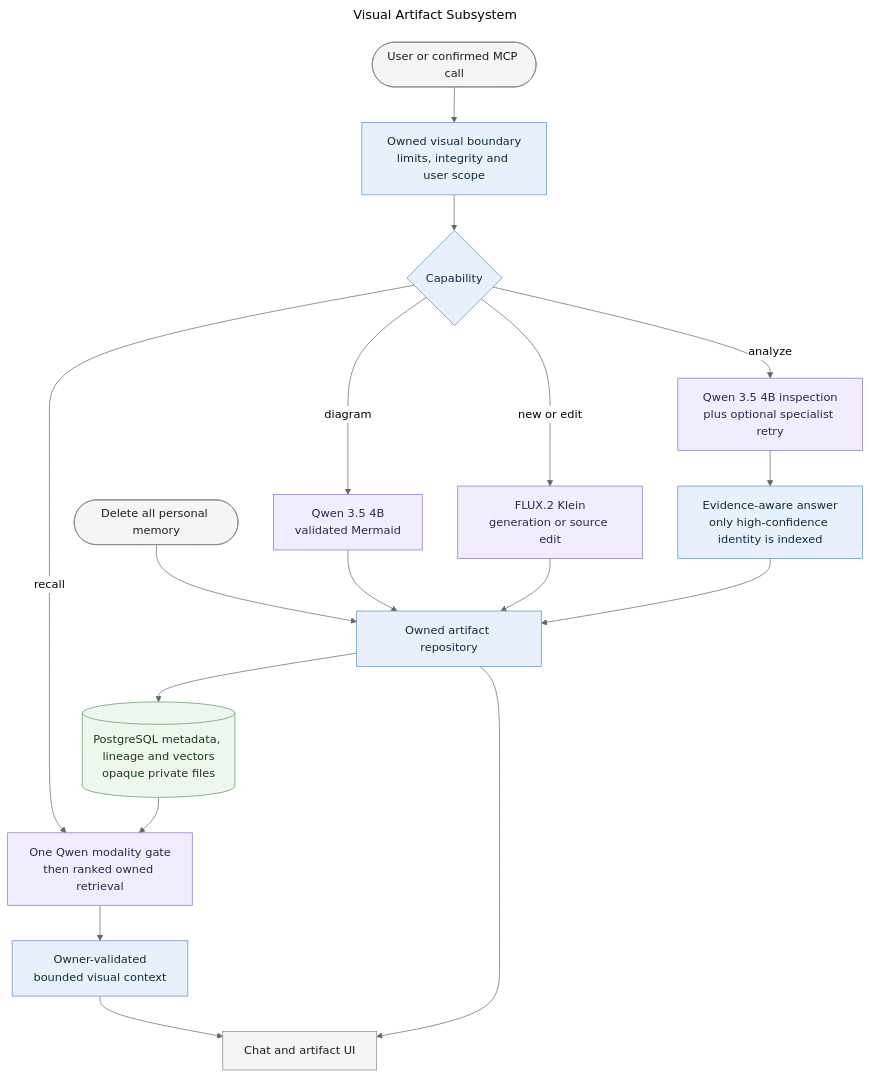
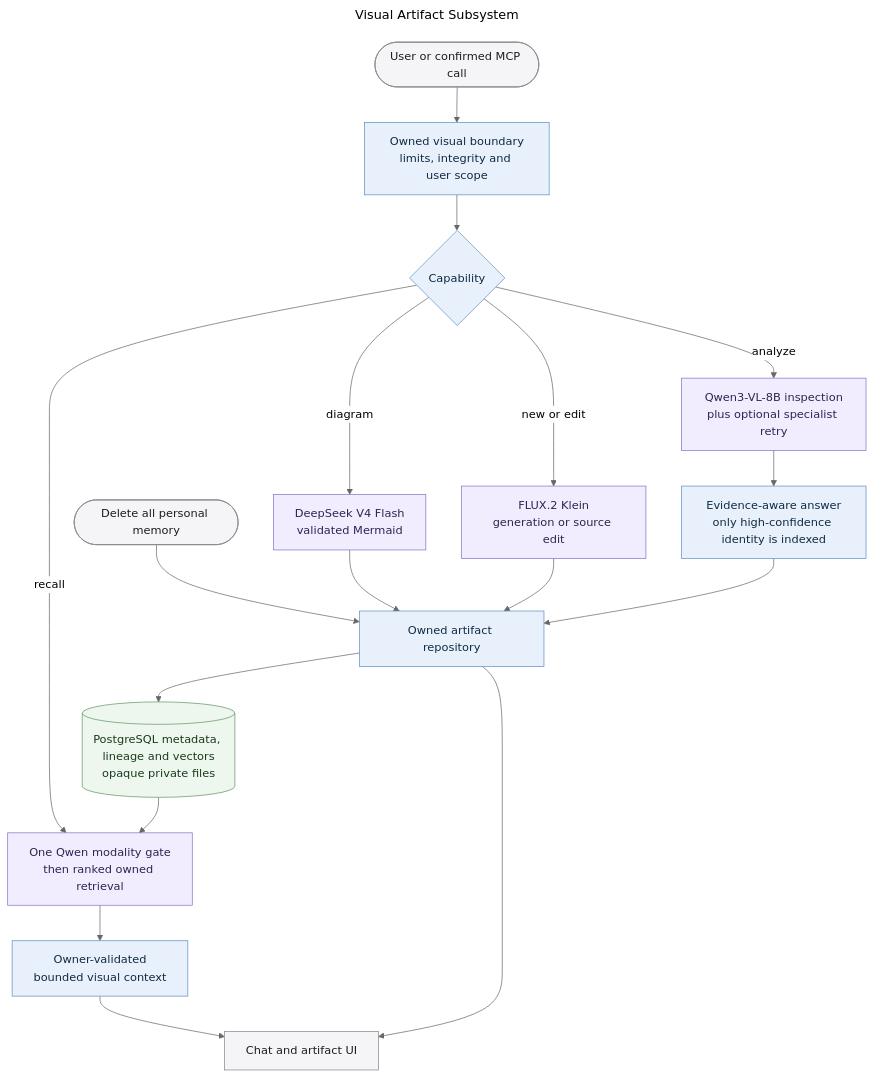
One commit to MallyaAni/PersonalAssistant changed the diagram in docs/diagrams/visual-artifact-subsystem.mmd. Above: the diagram before and after it, drawn with Mermaid (neutral theme). The commit also changed 34 other files, not shown here.

First line of the commit message:
Stop the diagrams advertising a model that was retired

```diff
--- a/docs/diagrams/visual-artifact-subsystem.mmd
+++ b/docs/diagrams/visual-artifact-subsystem.mmd
@@ -1,31 +1,31 @@
 ---
 title: Visual Artifact Subsystem
 ---
 flowchart TB
     User([User or confirmed MCP call]) --> Guard[Owned visual boundary<br/>limits, integrity and user scope]
     Forget([Delete all personal memory]) --> Repository
     Guard --> Route{Capability}
 
-    Route -->|diagram| Diagram[Qwen 3.5 4B<br/>validated Mermaid]
+    Route -->|diagram| Diagram[DeepSeek V4 Flash<br/>validated Mermaid]
     Route -->|new or edit| Image[FLUX.2 Klein<br/>generation or source edit]
-    Route -->|analyze| Vision[Qwen 3.5 4B inspection<br/>plus optional specialist retry]
+    Route -->|analyze| Vision[Qwen3-VL-8B inspection<br/>plus optional specialist retry]
     Route -->|recall| Recall[One Qwen modality gate<br/>then ranked owned retrieval]
 
     Vision --> Confidence[Evidence-aware answer<br/>only high-confidence identity is indexed]
     Diagram --> Repository[Owned artifact repository]
     Image --> Repository
     Confidence --> Repository
     Repository --> Store[(PostgreSQL metadata, lineage and vectors<br/>opaque private files)]
     Store --> Recall
     Recall --> Context[Owner-validated<br/>bounded visual context]
     Context --> UI[Chat and artifact UI]
     Repository --> UI
 
     classDef interface fill:#f5f5f7,stroke:#86868b,color:#1d1d1f;
     classDef application fill:#e8f1fb,stroke:#5e8fc4,color:#102a43;
     classDef data fill:#eef7ee,stroke:#5f9562,color:#183b1b;
     classDef external fill:#f1edff,stroke:#8872c6,color:#2e2450;
     class User,UI,Forget interface;
     class Guard,Route,Repository,Context,Confidence application;
     class Store data;
     class Diagram,Image,Vision,Recall external;
```
